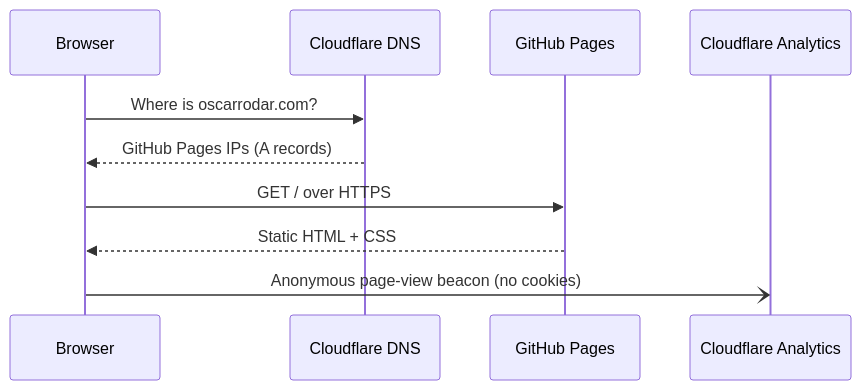
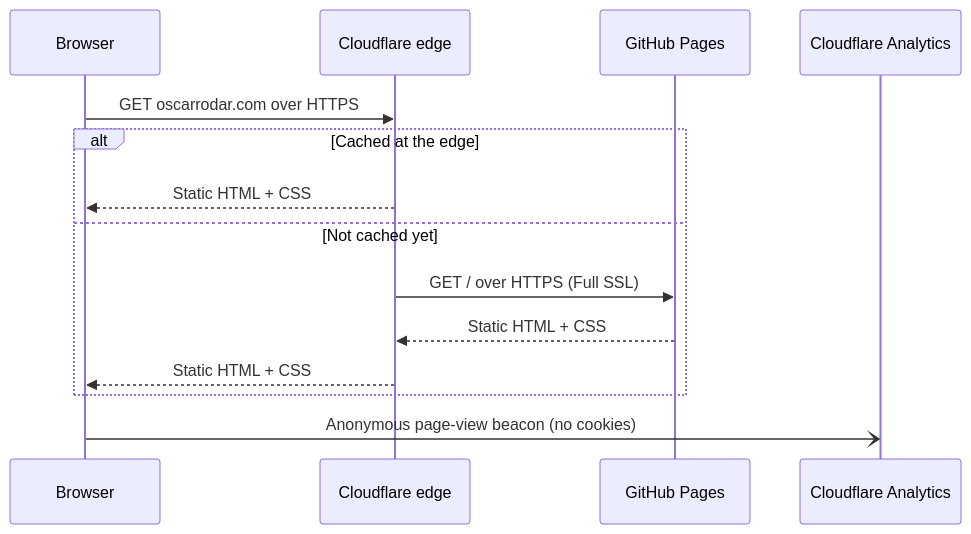
Before and after one commit to oscarrodar/oscarrodar.github.io: the second of 2 diagrams in src/content/blog/how-i-built-this-site.md, drawn with Mermaid. The commit also changed other lines of this file, not shown here.

Commit message:
Blog: describe proxied Cloudflare setup with Full SSL
Claude-Session: https://claude.ai/code/session_01Da2aYdDo4ZmJ7tE2zSgX7C

````diff
--- a/src/content/blog/how-i-built-this-site.md
+++ b/src/content/blog/how-i-built-this-site.md
@@ -54,16 +54,20 @@
 ```mermaid
 sequenceDiagram
   accTitle: Request path for a page view
-  accDescr: The browser resolves oscarrodar.com through Cloudflare DNS, loads static HTML from GitHub Pages over HTTPS, then sends an anonymous page-view beacon to Cloudflare Web Analytics.
+  accDescr: The browser resolves oscarrodar.com to Cloudflare's edge. Cloudflare serves the page from its cache or fetches it from GitHub Pages over HTTPS, returns it to the browser, and the browser sends an anonymous page-view beacon to Cloudflare Web Analytics.
 
   participant B as Browser
-  participant DNS as Cloudflare DNS
+  participant CF as Cloudflare edge
   participant GH as GitHub Pages
-  participant CF as Cloudflare Analytics
+  participant WA as Cloudflare Analytics
 
-  B->>DNS: Where is oscarrodar.com?
-  DNS-->>B: GitHub Pages IPs (A records)
-  B->>GH: GET / over HTTPS
-  GH-->>B: Static HTML + CSS
-  B-)CF: Anonymous page-view beacon (no cookies)
+  B->>CF: GET oscarrodar.com over HTTPS
+  alt Cached at the edge
+    CF-->>B: Static HTML + CSS
+  else Not cached yet
+    CF->>GH: GET / over HTTPS (Full SSL)
+    GH-->>CF: Static HTML + CSS
+    CF-->>B: Static HTML + CSS
+  end
+  B-)WA: Anonymous page-view beacon (no cookies)
 ```
````
